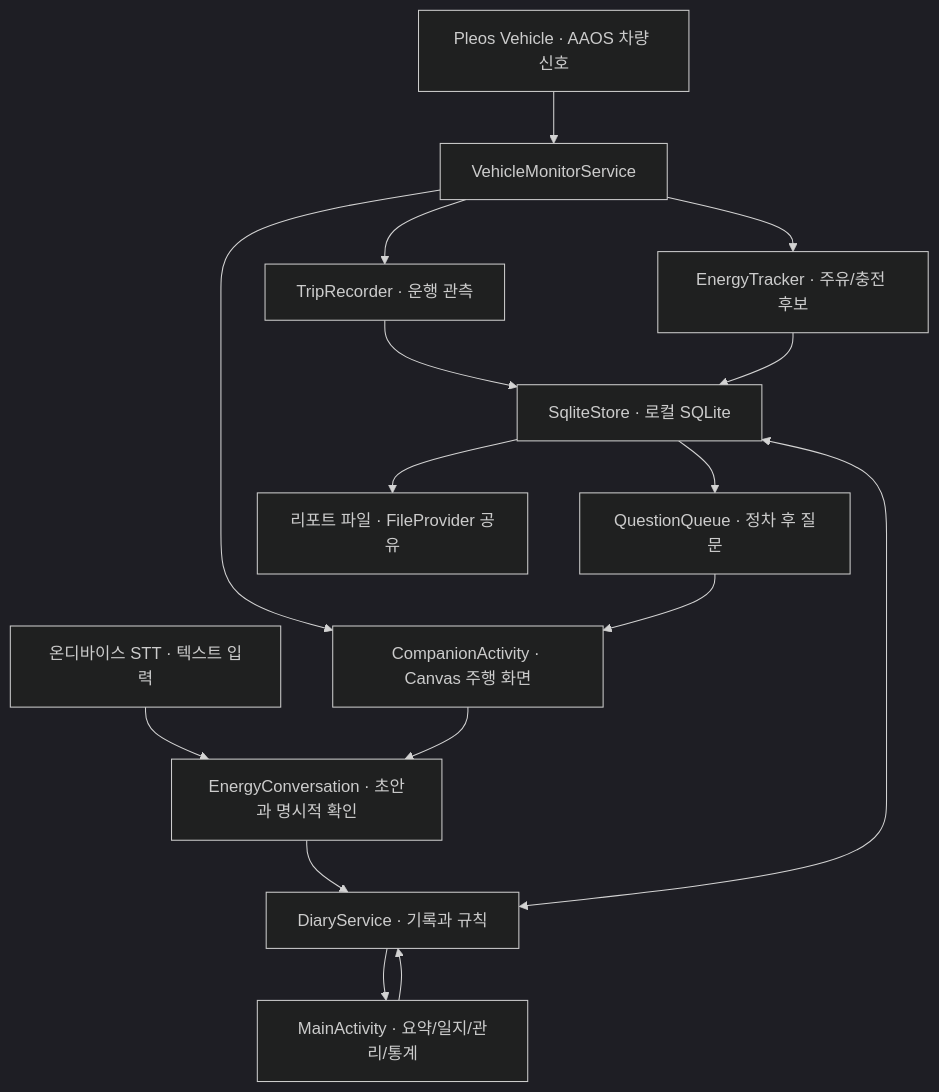
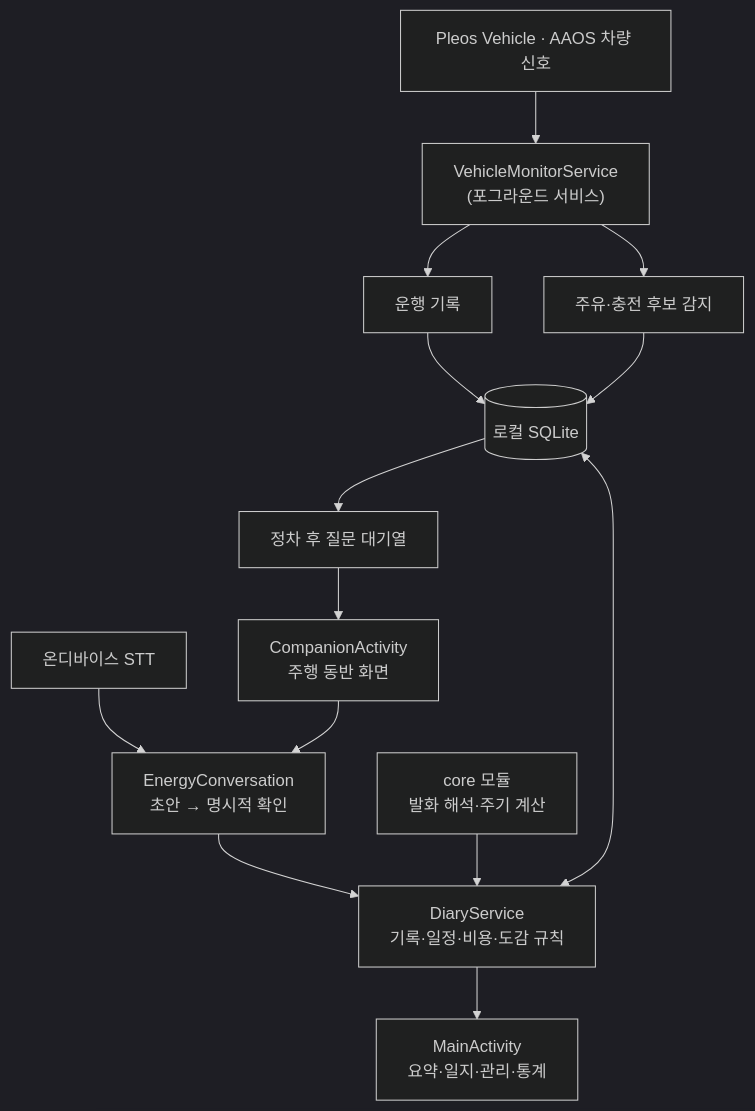
The diagram in README.md (loki2001-dev/chagok), drawn with Mermaid (dark theme) before and after one commit. The commit also changed other lines of this file, not shown here.

````diff
--- a/README.md
+++ b/README.md
@@ -305,18 +147,16 @@
 ```mermaid
 flowchart TD
-    SDK["Pleos Vehicle · AAOS 차량 신호"] --> Monitor["VehicleMonitorService"]
-    Monitor --> Trip["TripRecorder · 운행 관측"]
-    Monitor --> Detect["EnergyTracker · 주유/충전 후보"]
-    Trip --> Store["SqliteStore · 로컬 SQLite"]
+    SDK["Pleos Vehicle · AAOS 차량 신호"] --> Monitor["VehicleMonitorService<br/>(포그라운드 서비스)"]
+    Monitor --> Trip["운행 기록"]
+    Monitor --> Detect["주유·충전 후보 감지"]
+    Trip --> Store[("로컬 SQLite")]
     Detect --> Store
-    Monitor --> Scene["CompanionActivity · Canvas 주행 화면"]
-    Store --> Queue["QuestionQueue · 정차 후 질문"]
-    Queue --> Scene
-    STT["온디바이스 STT · 텍스트 입력"] --> Conversation["EnergyConversation · 초안과 명시적 확인"]
-    Scene --> Conversation
-    Conversation --> Diary["DiaryService · 기록과 규칙"]
+    Store --> Queue["정차 후 질문 대기열"]
+    Queue --> Scene["CompanionActivity<br/>주행 동반 화면"]
+    STT["온디바이스 STT"] --> Talk["EnergyConversation<br/>초안 → 명시적 확인"]
+    Scene --> Talk
+    Talk --> Diary["DiaryService<br/>기록·일정·비용·도감 규칙"]
+    Core["core 모듈<br/>발화 해석·주기 계산"] --> Diary
     Diary <--> Store
-    Diary --> Pages["MainActivity · 요약/일지/관리/통계"]
-    Pages --> Diary
-    Store --> Export["리포트 파일 · FileProvider 공유"]
+    Diary --> Pages["MainActivity<br/>요약·일지·관리·통계"]
 ```
````
